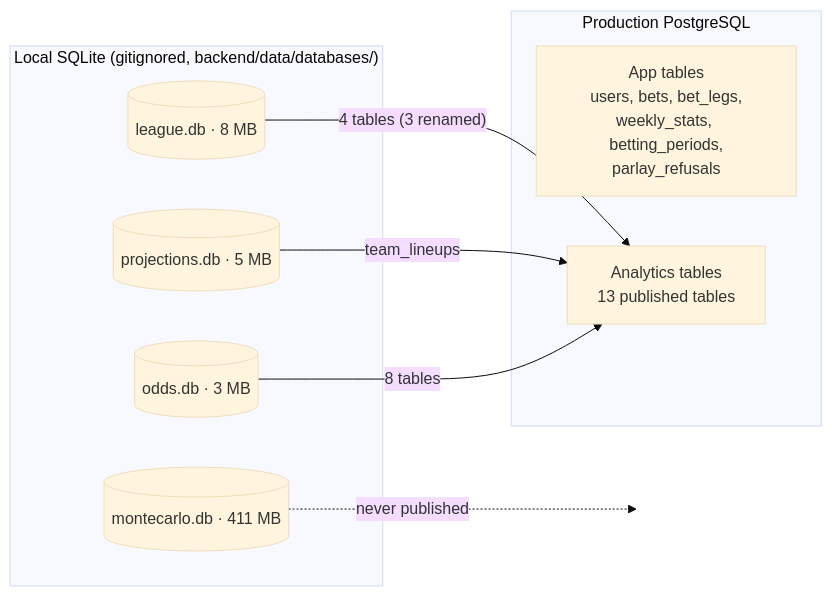
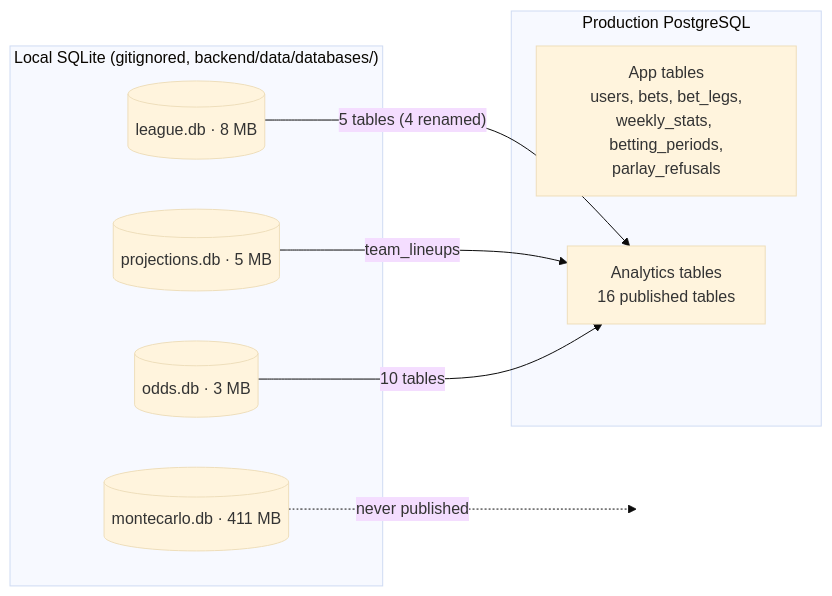
One commit to sfaizi24/TNCasino changed the first of 3 diagrams in docs/architecture/04-data-model.md. Above: the diagram before and after it, drawn with Mermaid (base theme). The commit also changed other lines of this file and 11 other files, not shown here.

````diff
--- a/docs/architecture/04-data-model.md
+++ b/docs/architecture/04-data-model.md
@@ -7,18 +7,18 @@
 ```mermaid
 flowchart LR
     subgraph SQLite["Local SQLite (gitignored, backend/data/databases/)"]
         L[(league.db · 8 MB)]
         P[(projections.db · 5 MB)]
         O[(odds.db · 3 MB)]
         M[(montecarlo.db · 411 MB)]
     end
     subgraph PG["Production PostgreSQL"]
         APPT[App tables<br/>users, bets, bet_legs,<br/>weekly_stats, betting_periods,<br/>parlay_refusals]
-        ANT[Analytics tables<br/>13 published tables]
+        ANT[Analytics tables<br/>16 published tables]
     end
-    L -- "4 tables (3 renamed)" --> ANT
+    L -- "5 tables (4 renamed)" --> ANT
     P -- team_lineups --> ANT
-    O -- 8 tables --> ANT
+    O -- 10 tables --> ANT
     M -. never published .-> X[ ]
     style X fill:none,stroke:none
 ```
````
